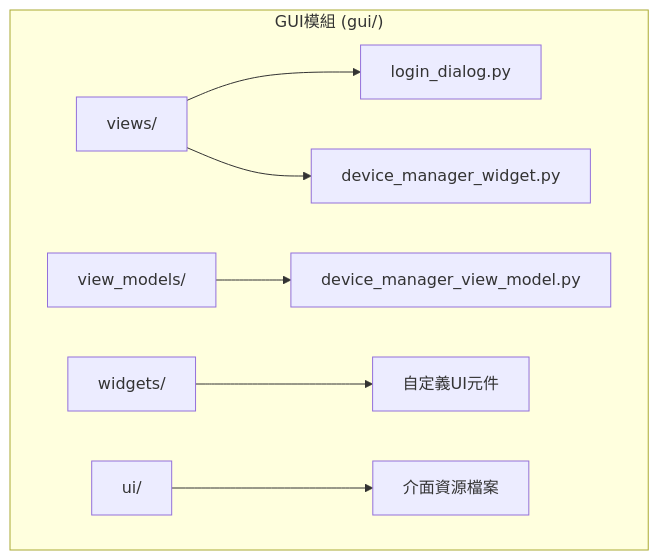
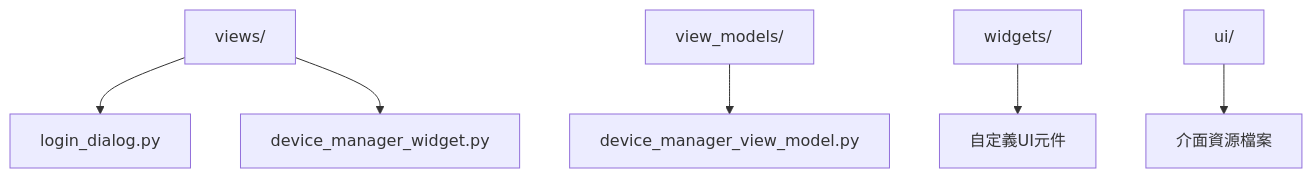
One commit to MingYuan-Chen/orion_v2 changed the second of 9 diagrams in orion_developer_document.md. Above: the diagram before and after it, drawn with Mermaid. The commit also changed other lines of this file, not shown here.

Commit message:
update developer document - flow chart display

````diff
--- a/orion_developer_document.md
+++ b/orion_developer_document.md
@@ -112,13 +106,13 @@
 ```mermaid
 graph TD
-    subgraph "GUI模組 (gui/)"
-        A[views/] --> A1[login_dialog.py]
-        A --> A2[device_manager_widget.py]
-        
-        B[view_models/] --> B1[device_manager_view_model.py]
-        
-        C[widgets/] --> C1[自定義UI元件]
-        
-        D[ui/] --> D1[介面資源檔案]
-    end
+    A[views/]
+    B[view_models/]
+    C[widgets/]
+    D[ui/]
+    
+    A --> A1[login_dialog.py]
+    A --> A2[device_manager_widget.py]
+    B --> B1[device_manager_view_model.py]
+    C --> C1[自定義UI元件]
+    D --> D1[介面資源檔案]
 ```
````
